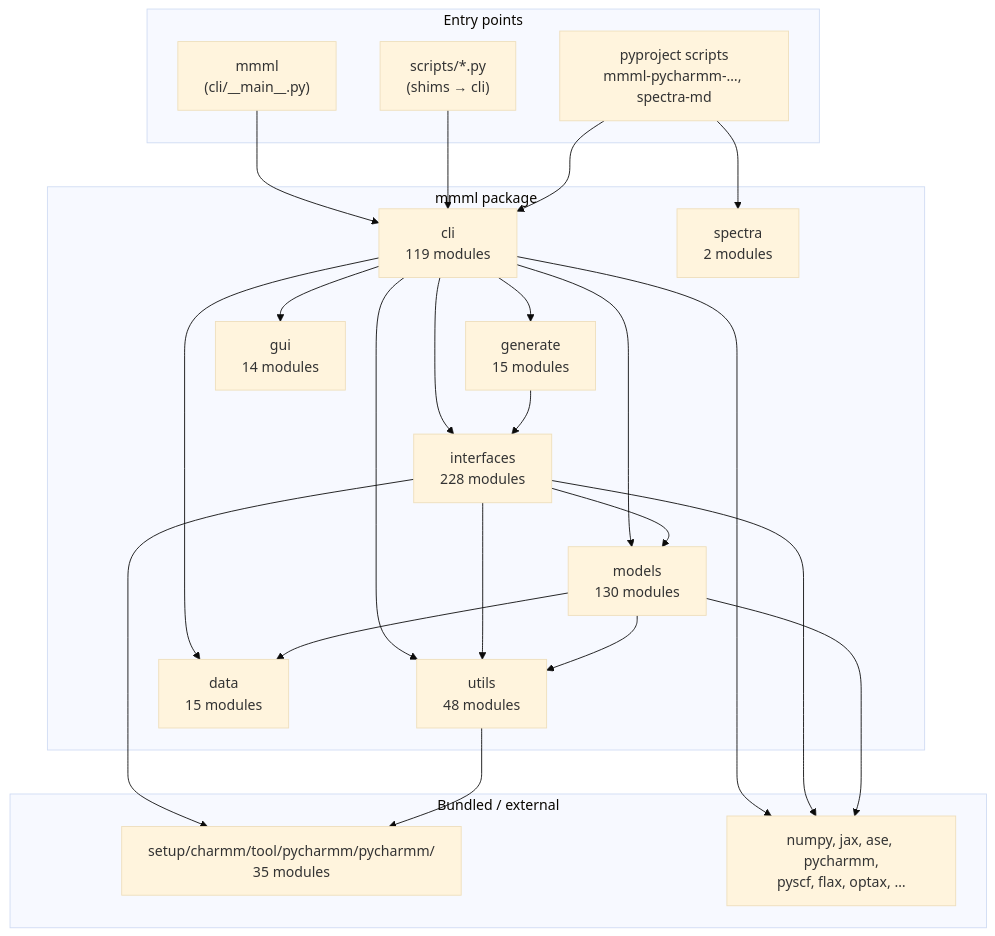
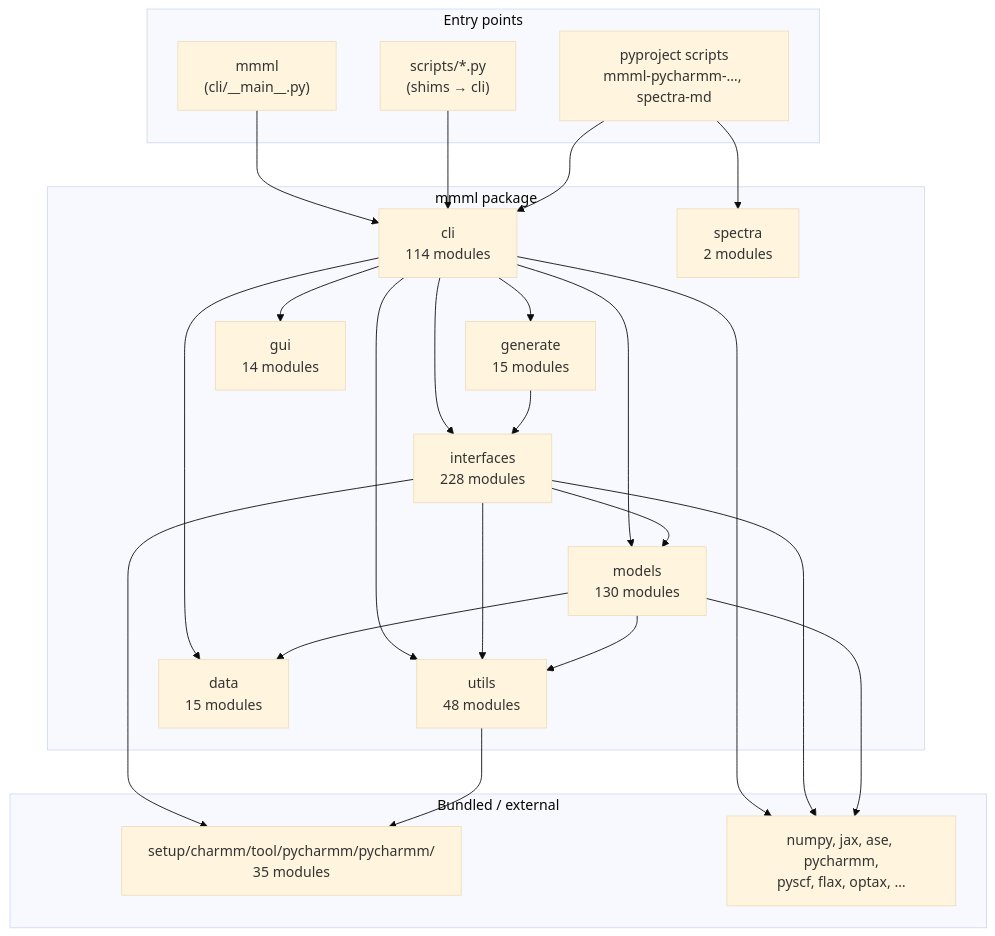
One commit to EricBoittier/mmml changed the first of 8 diagrams in docs/package-architecture.md. Above: the diagram before and after it, drawn with Mermaid (base theme). The commit also changed other lines of this file and 3 other files, not shown here.

````diff
--- a/docs/package-architecture.md
+++ b/docs/package-architecture.md
@@ -13,48 +13,48 @@
 ```mermaid
 flowchart TB
   subgraph entry["Entry points"]
     MMML["mmml\n(cli/__main__.py)"]
     SCRIPTS["scripts/*.py\n(shims → cli)"]
     PKG["pyproject scripts\nmmml-pycharmm-…, spectra-md"]
   end
 
   subgraph mmml_pkg["mmml package"]
-    CLI["cli\n119 modules"]
+    CLI["cli\n114 modules"]
     IFACE["interfaces\n228 modules"]
     MODELS["models\n130 modules"]
     UTILS["utils\n48 modules"]
     DATA["data\n15 modules"]
     GEN["generate\n15 modules"]
     GUI["gui\n14 modules"]
     SPEC["spectra\n2 modules"]
   end
 
   subgraph vendor["Bundled / external"]
     PYCH["setup/charmm/tool/pycharmm/pycharmm/\n35 modules"]
     EXT["numpy, jax, ase, pycharmm,\npyscf, flax, optax, …"]
   end
 
   MMML --> CLI
   SCRIPTS --> CLI
   PKG --> CLI
   PKG --> SPEC
 
   CLI --> IFACE
   CLI --> MODELS
   CLI --> DATA
   CLI --> UTILS
   CLI --> GEN
   CLI --> GUI
 
   IFACE --> MODELS
   IFACE --> UTILS
   IFACE --> PYCH
   MODELS --> UTILS
   MODELS --> DATA
   UTILS --> PYCH
   GEN --> IFACE
 
   CLI --> EXT
   IFACE --> EXT
   MODELS --> EXT
 ```
````
